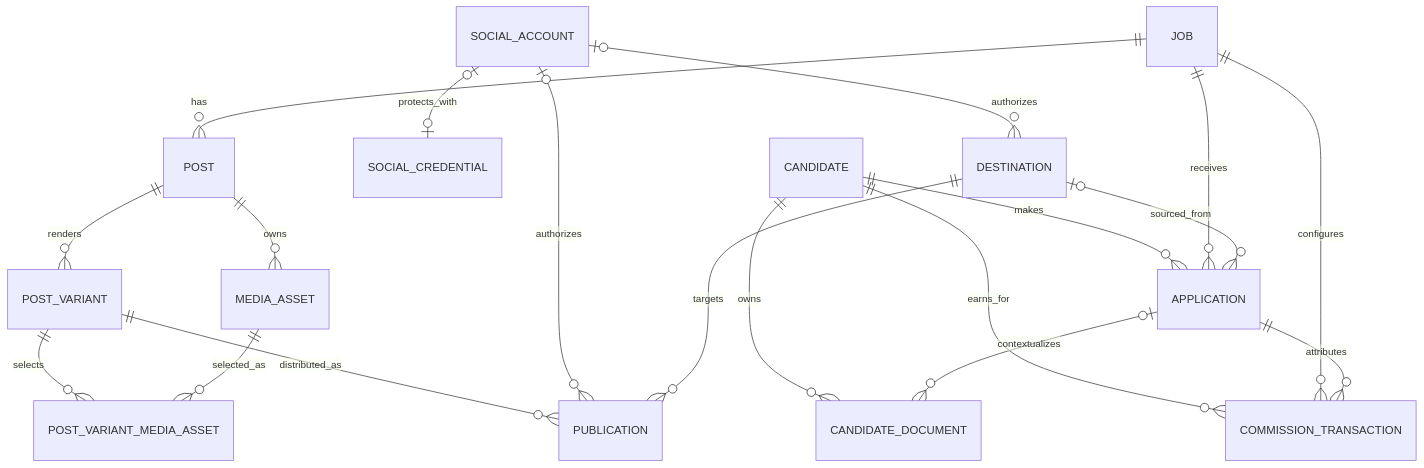
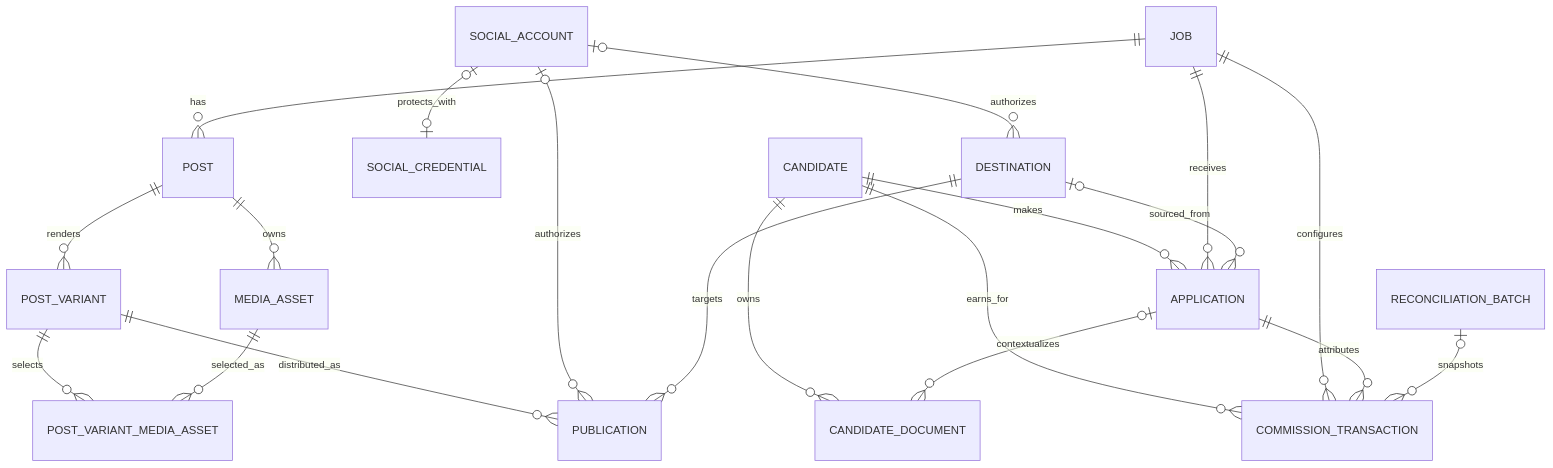
The diagram in docs/diagrams/database-erd.md (vitoo16/recruitops-platform), drawn with Mermaid before and after one commit. The commit also changed other lines of this file, not shown here.

Commit message:
docs: update ERD for reconciliation batches

````diff
--- a/docs/diagrams/database-erd.md
+++ b/docs/diagrams/database-erd.md
@@ -5,21 +5,22 @@
 ```mermaid
 erDiagram
     JOB ||--o{ POST : has
     POST ||--o{ POST_VARIANT : renders
     POST ||--o{ MEDIA_ASSET : owns
     POST_VARIANT ||--o{ POST_VARIANT_MEDIA_ASSET : selects
     MEDIA_ASSET ||--o{ POST_VARIANT_MEDIA_ASSET : selected_as
     POST_VARIANT ||--o{ PUBLICATION : distributed_as
     SOCIAL_ACCOUNT o|--o| SOCIAL_CREDENTIAL : protects_with
     SOCIAL_ACCOUNT o|--o{ DESTINATION : authorizes
     SOCIAL_ACCOUNT o|--o{ PUBLICATION : authorizes
     DESTINATION ||--o{ PUBLICATION : targets
     CANDIDATE ||--o{ APPLICATION : makes
     JOB ||--o{ APPLICATION : receives
     DESTINATION o|--o{ APPLICATION : sourced_from
     CANDIDATE ||--o{ CANDIDATE_DOCUMENT : owns
     APPLICATION o|--o{ CANDIDATE_DOCUMENT : contextualizes
     CANDIDATE ||--o{ COMMISSION_TRANSACTION : earns_for
     JOB ||--o{ COMMISSION_TRANSACTION : configures
     APPLICATION ||--o{ COMMISSION_TRANSACTION : attributes
+    RECONCILIATION_BATCH o|--o{ COMMISSION_TRANSACTION : snapshots
 ```
````
